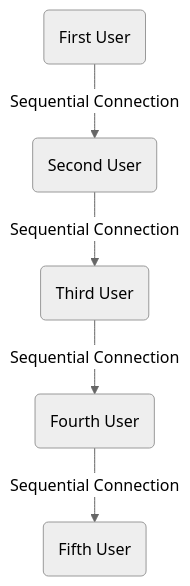
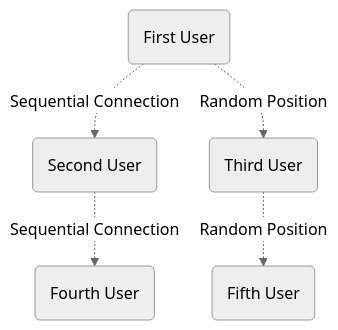
Before and after one commit to aiamlucas/polysemy: the diagram in server/README.md, drawn with Mermaid (neutral theme).

Commit message:
server readme.md -- mermaid

````diff
--- a/server/README.md
+++ b/server/README.md
@@ -51,7 +51,8 @@
 ```mermaid
 graph TD;
-    A(First User) -->|Sequential Connection| B(Second User);
-    B -->|Sequential Connection| C(Third User);
-    C -->|Sequential Connection| D(Fourth User);
-    D -->|Sequential Connection| E(Fifth User);
+    A(First User) -.->|Sequential Connection| B(Second User);
+    A -.->|Random Position| C(Third User);
+    B -.->|Sequential Connection| D(Fourth User);
+    C -.->|Random Position| E(Fifth User);
+
 ```
````
